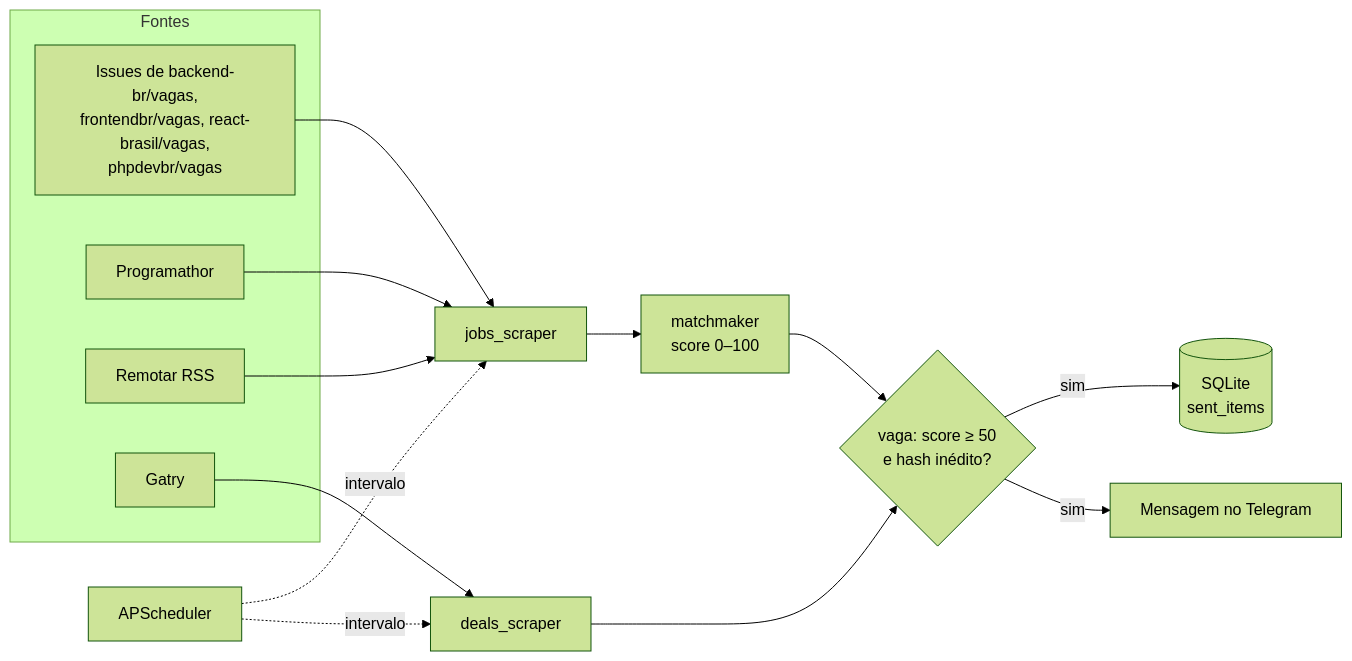
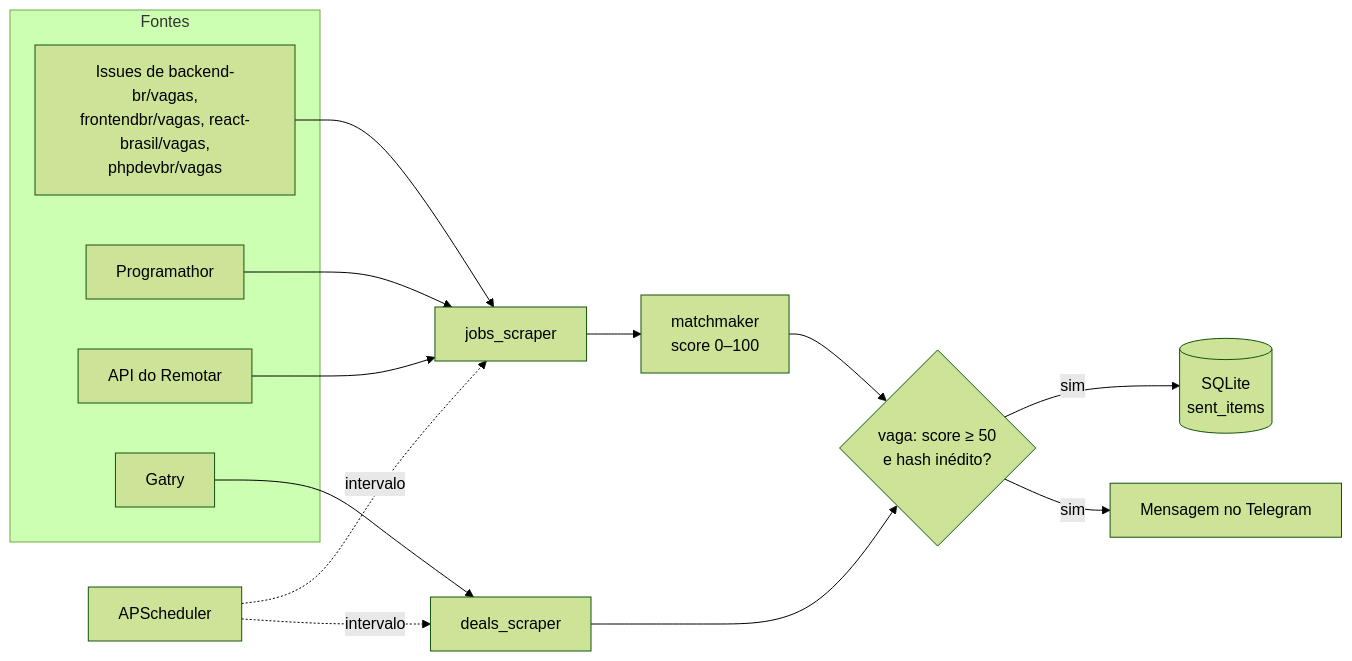
One commit to MvitorLS/telegram-radar-bot changed the diagram in README.md. Above: the diagram before and after it, drawn with Mermaid (forest theme). The commit also changed other lines of this file and 9 other files, not shown here.

First line of the commit message:
fix(jobs): correct scoring bugs, move Remotar to its JSON API and add tests

````diff
--- a/README.md
+++ b/README.md
@@ -9,17 +11,17 @@
 ```mermaid
 flowchart LR
     subgraph Fontes
         A[Issues de backend-br/vagas,<br/>frontendbr/vagas, react-brasil/vagas,<br/>phpdevbr/vagas]
         B[Programathor]
-        C[Remotar RSS]
+        C[API do Remotar]
         D[Gatry]
     end
     A & B & C --> S[jobs_scraper]
     D --> T[deals_scraper]
     S --> M[matchmaker<br/>score 0–100]
     M --> F{vaga: score ≥ 50<br/>e hash inédito?}
     T --> F
     F -- sim --> DB[(SQLite<br/>sent_items)]
     F -- sim --> TG[Mensagem no Telegram]
     SCH[APScheduler] -. intervalo .-> S & T
 ```
````
